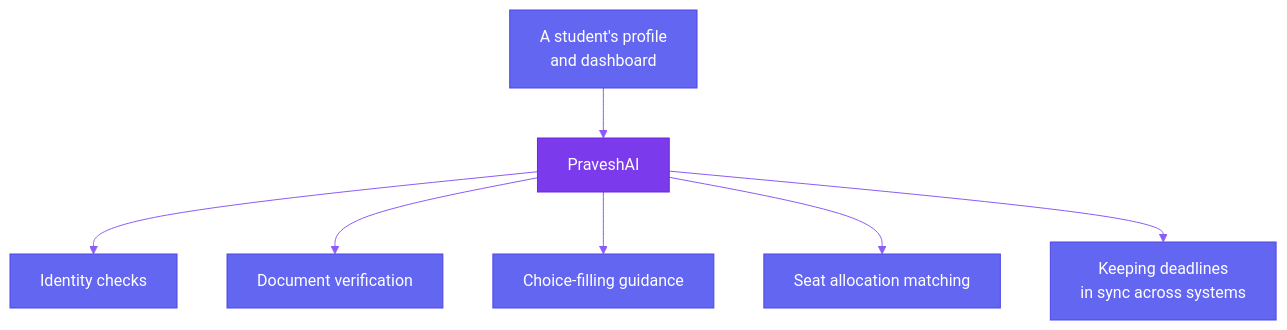
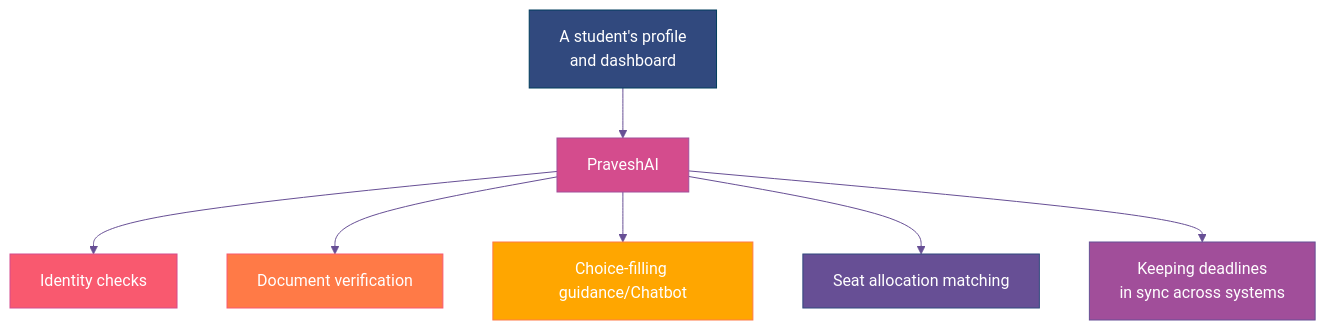
One commit to aashrutsharma/whitepaper changed the diagram in intelligence-and-data/what-is-praveshai.mdx. Above: the diagram before and after it, drawn with Mermaid. The commit also changed other lines of this file and 1 other file, not shown here.

Commit message:
Updated mintlify pages
- Updated intelligence-and-data/what-is-praveshai.mdx
- Updated intelligence-and-data/core-capabilities.mdx

Mintlify-Source: dashboard-editor

````diff
--- a/intelligence-and-data/what-is-praveshai.mdx
+++ b/intelligence-and-data/what-is-praveshai.mdx
@@ -13,22 +13,18 @@
 ```mermaid
-%%{init: {
-  'theme': 'base',
-  'themeVariables': {
-    'primaryColor': '#6366f1',
-    'primaryTextColor': '#ffffff',
-    'primaryBorderColor': '#4f46e5',
-    'lineColor': '#8b5cf6',
-    'background': 'transparent',
-    'fontFamily': 'Inter, sans-serif'
-  }
-}}%%
+%%{init: { 'theme': 'base', 'themeVariables': { 'primaryColor': '#003d5c', 'primaryTextColor': '#ffffff', 'primaryBorderColor': '#31497e', 'lineColor': '#674f95', 'background': 'transparent', 'fontFamily': 'Inter, sans-serif' } }}%%
 flowchart TD
     U["A student's profile\nand dashboard"] --> P["PraveshAI"]
     P --> I["Identity checks"]
     P --> D["Document verification"]
-    P --> G["Choice-filling guidance"]
+    P --> G["Choice-filling guidance/Chatbot"]
     P --> A["Seat allocation matching"]
     P --> C["Keeping deadlines\nin sync across systems"]
-
-    style P fill:#7c3aed,stroke:#6d28d9,color:#fff
+    
+    style P fill:#d44c8d,stroke:#a14e9a,color:#fff
+    style U fill:#31497e,stroke:#003d5c,color:#fff
+    style I fill:#f9596f,stroke:#d44c8d,color:#fff
+    style D fill:#ff7a47,stroke:#f9596f,color:#fff
+    style G fill:#ffa600,stroke:#ff7a47,color:#fff
+    style A fill:#674f95,stroke:#31497e,color:#fff
+    style C fill:#a14e9a,stroke:#674f95,color:#fff
 ```
````
